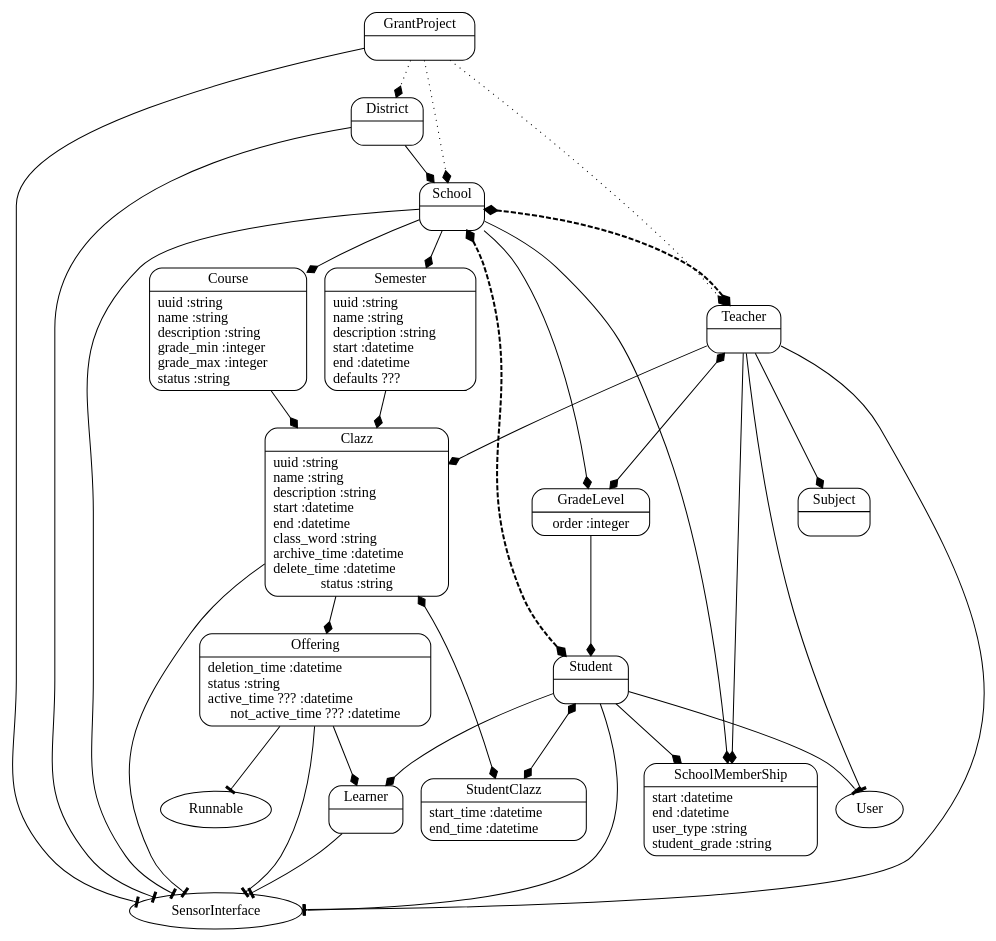
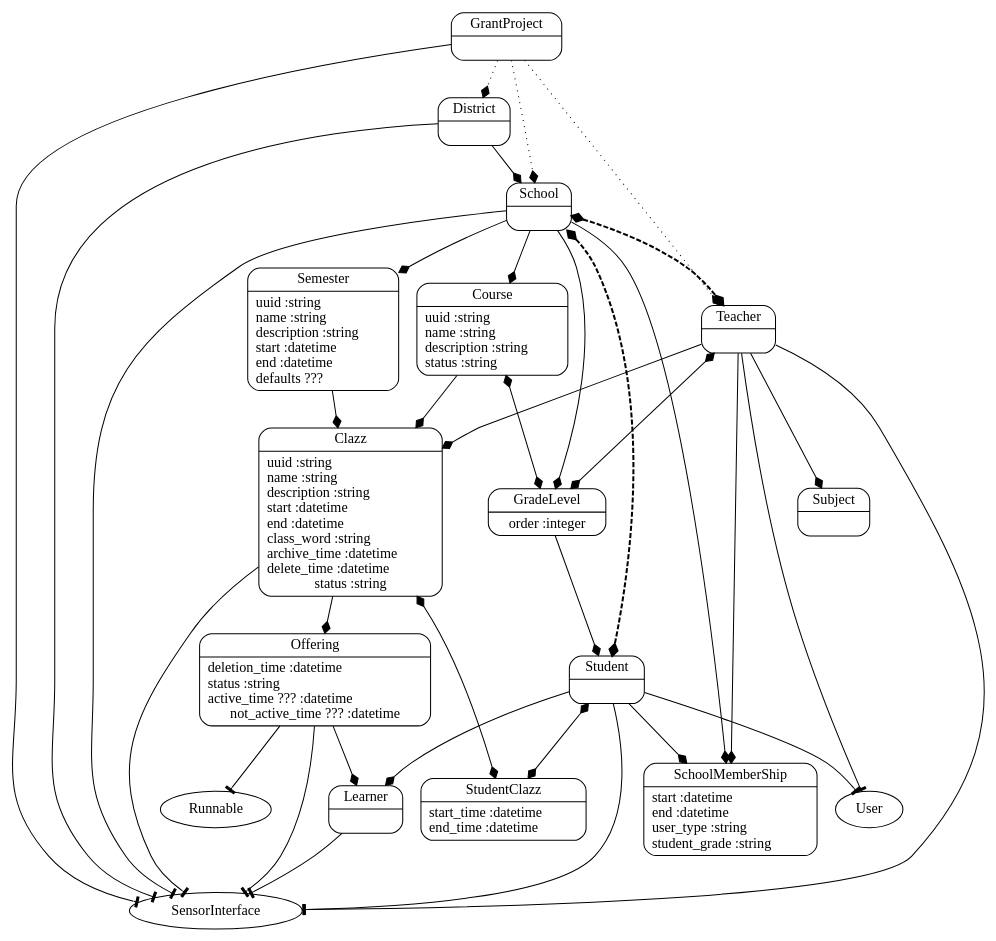
One commit to psndcsrv/rites_portal changed the diagram in models.dot. Above: the diagram before and after it, drawn with Graphviz.

Commit message:
Update the model file to match the actual models (Course <= habtm => GradeLevel)

```diff
--- a/models.dot
+++ b/models.dot
@@ -1,51 +1,52 @@
 digraph models_diagram {
-  "Course" [shape=Mrecord, label="{Course|uuid :string\lname :string\ldescription :string\lgrade_min :integer\lgrade_max :integer\lstatus :string\l}"]
+  "Course" [shape=Mrecord, label="{Course|uuid :string\lname :string\ldescription :string\lstatus :string\l}"]
 	"Semester" [shape=Mrecord, label="{Semester|uuid :string\lname :string\ldescription :string\lstart :datetime\lend :datetime\ldefaults ???\l}"]
 	"Clazz" [shape=Mrecord, label="{Clazz|uuid :string\lname :string\ldescription :string\lstart :datetime\lend :datetime\lclass_word :string\larchive_time :datetime\ldelete_time :datetime\lstatus :string}"]
 	"SchoolMembership" [shape=Mrecord, label="{SchoolMemberShip|start :datetime\lend :datetime\luser_type :string\lstudent_grade :string\l}"]
 	"GradeLevel" [shape=Mrecord, label="{GradeLevel|order :integer}"]
 	"Subject" [shape=Mrecord, label="{Subject|\l}"]
 	"StudentClazz" [shape=Mrecord, label="{StudentClazz|start_time :datetime\lend_time :datetime\l}"]
 	"Offering" [shape=Mrecord, label="{Offering|deletion_time :datetime\lstatus :string\lactive_time ??? :datetime\lnot_active_time ??? :datetime}"]
 	"Learner" [shape=Mrecord, label="{Learner|\l}"]
 	"District" [shape=Mrecord, label="{District|\l}"]
 	"GrantProject" [shape=Mrecord, label="{GrantProject|\l}"]
 	"School" [shape=Mrecord, label="{School|\l}"]
 	"Teacher" [shape=Mrecord, label="{Teacher|\l}"]
 	"Student" [shape=Mrecord, label="{Student|\l}"]
 	
 	"School" -> "Course" [arrowtail=none, arrowhead=diamond, dir=both]
 	"School" -> "Semester" [arrowtail=none, arrowhead=diamond, dir=both]
 	"Course" -> "Clazz" [arrowtail=none, arrowhead=diamond, dir=both]
 	"Semester" -> "Clazz" [arrowtail=none, arrowhead=diamond, dir=both]
 	"Teacher" -> "Clazz" [arrowtail=none, arrowhead=diamond, dir=both]
 	"Clazz" -> "Offering" [arrowtail=none, arrowhead=diamond, dir=both]
 	"Clazz" -> "SensorInterface" [arrowtail=none, arrowhead=tee, dir=both]
 	"School" -> "SchoolMembership" [arrowtail=none, arrowhead=diamond, dir=both]
 	"Teacher" -> "SchoolMembership" [arrowtail=none, arrowhead=diamond, dir=both]
 	"Student" -> "SchoolMembership"  [arrowtail=none, arrowhead=diamond, dir=both]
 	"GradeLevel" -> "Student" [arrowtail=none, arrowhead=diamond, dir=both]
 	"Teacher" -> "GradeLevel" [arrowtail=diamond, arrowhead=diamond, dir=both]
 	"Teacher" -> "Subject" [arrowtail=none, arrowhead=diamond, dir=both]
 	"School" -> "GradeLevel" [arrowtail=none, arrowhead=diamond, dir=both]
+	"Course" -> "GradeLevel" [arrowtail=diamond, arrowhead=diamond, dir=both]
 	"School" -> "SensorInterface" [arrowtail=none, arrowhead=tee, dir=both]
 	"Student" -> "StudentClazz" [arrowtail=diamond, arrowhead=diamond, dir=both]
 	"Clazz" -> "StudentClazz" [arrowtail=diamond, arrowhead=diamond, dir=both]
 	"Offering" -> "Runnable" [arrowtail=none, arrowhead=tee, dir=both]
 	"Offering" -> "SensorInterface" [arrowtail=none, arrowhead=tee, dir=both]
 	"Student" -> "Learner" [arrowtail=none, arrowhead=diamond, dir=both]
 	"Offering" -> "Learner" [arrowtail=none, arrowhead=diamond, dir=both]
 	"Learner" -> "SensorInterface" [arrowtail=none, arrowhead=tee, dir=both]
 	"District" -> "School" [arrowtail=none, arrowhead=diamond, dir=both]
 	"District" -> "SensorInterface" [arrowtail=none, arrowhead=tee, dir=both]
 	"GrantProject" -> "SensorInterface" [arrowtail=none, arrowhead=tee, dir=both]
 	"GrantProject" -> "District" [arrowtail=none, arrowhead=diamond, dir=both, style=dotted]
 	"GrantProject" -> "School" [arrowtail=none, arrowhead=diamond, dir=both, style=dotted]
 	"GrantProject" -> "Teacher" [arrowtail=none, arrowhead=diamond, dir=both, style=dotted]
 	"Student" -> "User" [arrowtail=none, arrowhead=tee, dir=both]
 	"Teacher" -> "User" [arrowtail=none, arrowhead=tee, dir=both]
 	"Student" -> "SensorInterface" [arrowtail=none, arrowhead=tee, dir=both]
 	"Teacher" -> "SensorInterface" [arrowtail=none, arrowhead=tee, dir=both]
 	"School" -> "Teacher" [arrowtail=diamond, arrowhead=diamond, dir=both, style="dashed,bold"]
 	"School" -> "Student" [arrowtail=diamond, arrowhead=diamond, dir=both, style="dashed,bold"]
 }
```
